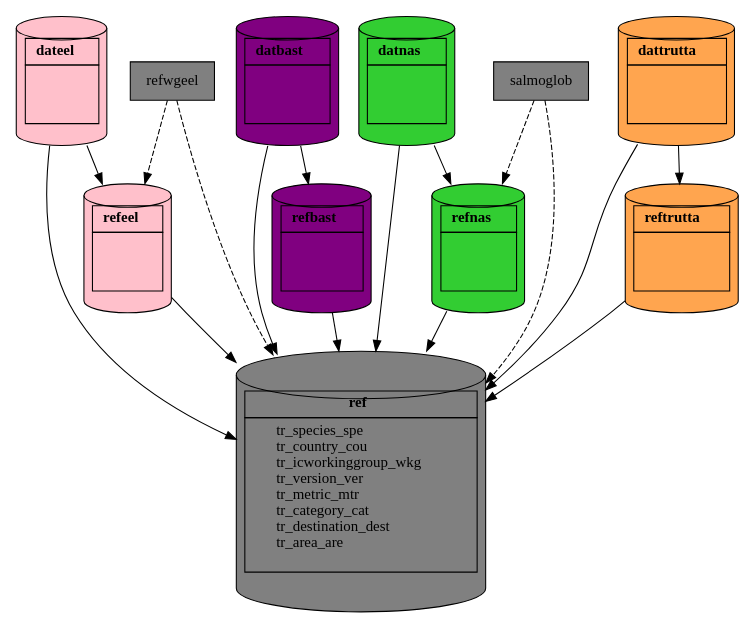
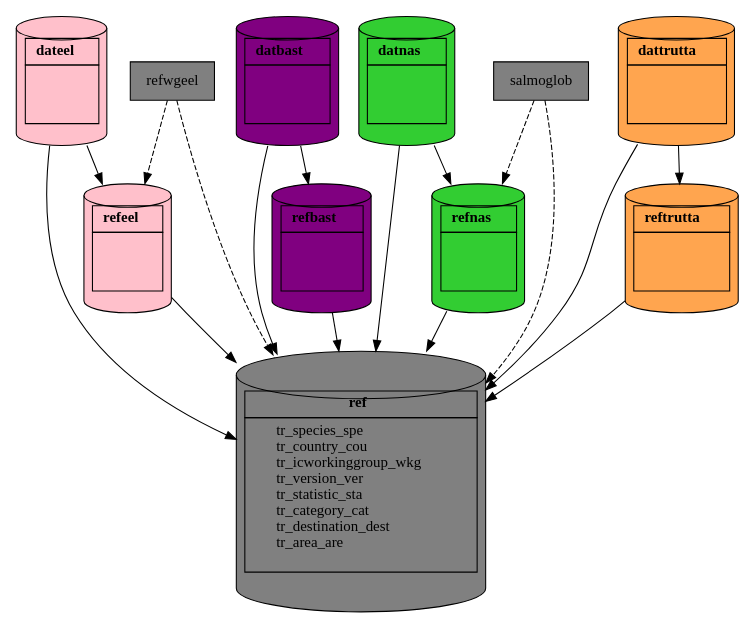
The second of 4 diagrams in R/diaspara_WGEEL_presentation.qmd (DIASPARAproject/WP3_migdb), drawn with Graphviz before and after one commit. The commit also changed 24 other files, not shown here.

```diff
--- a/R/diaspara_WGEEL_presentation.qmd
+++ b/R/diaspara_WGEEL_presentation.qmd
@@ -146,7 +146,7 @@
         tr_country_cou <br align="left"/>
         tr_icworkinggroup_wkg <br align="left"/>
         tr_version_ver <br align="left"/>
-        tr_metric_mtr <br align="left"/>
+        tr_statistic_sta <br align="left"/>
         tr_category_cat <br align="left"/>
         tr_destination_dest <br align="left"/>
         tr_area_are <br align="left"/> </td> </tr> 
```
